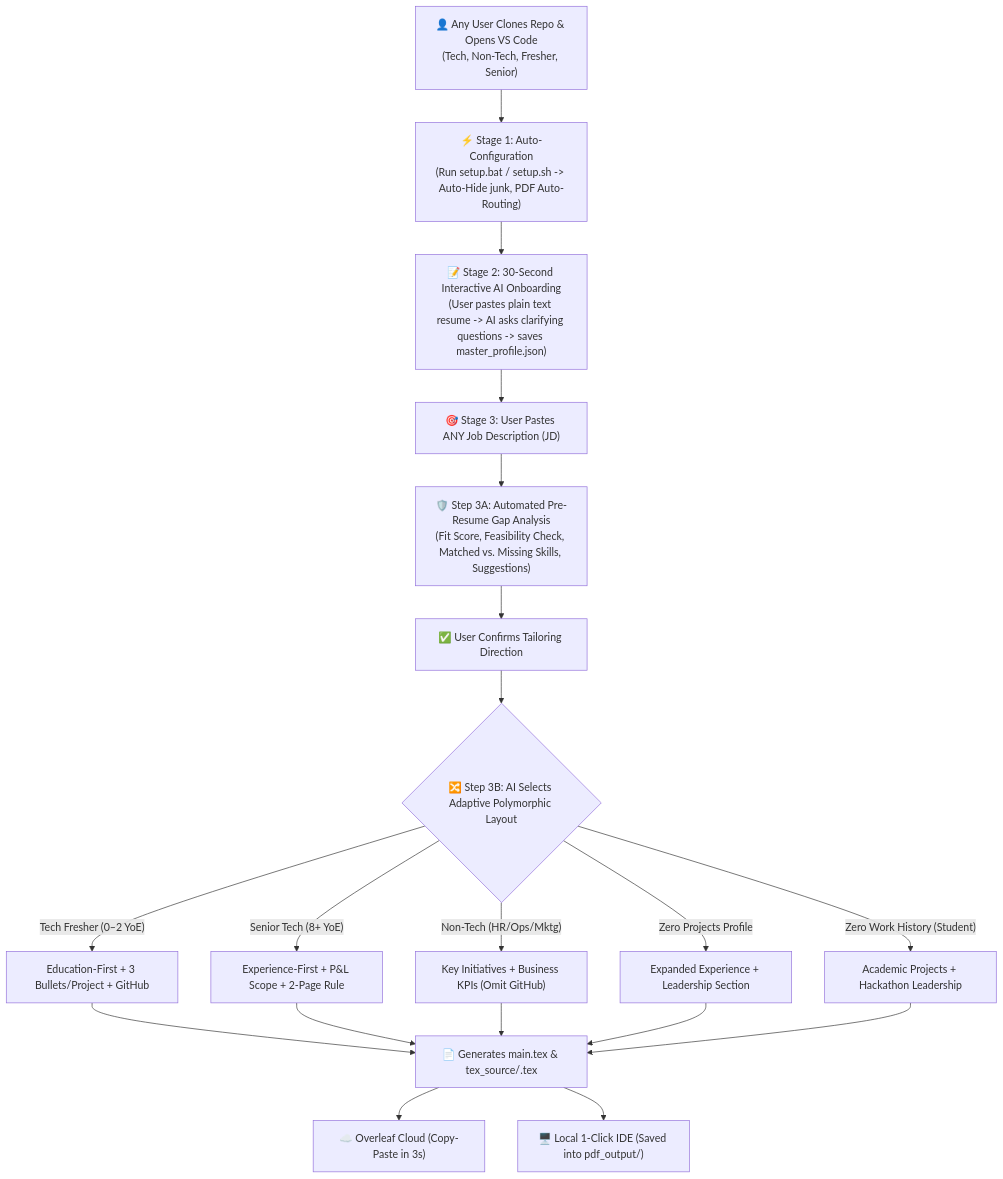
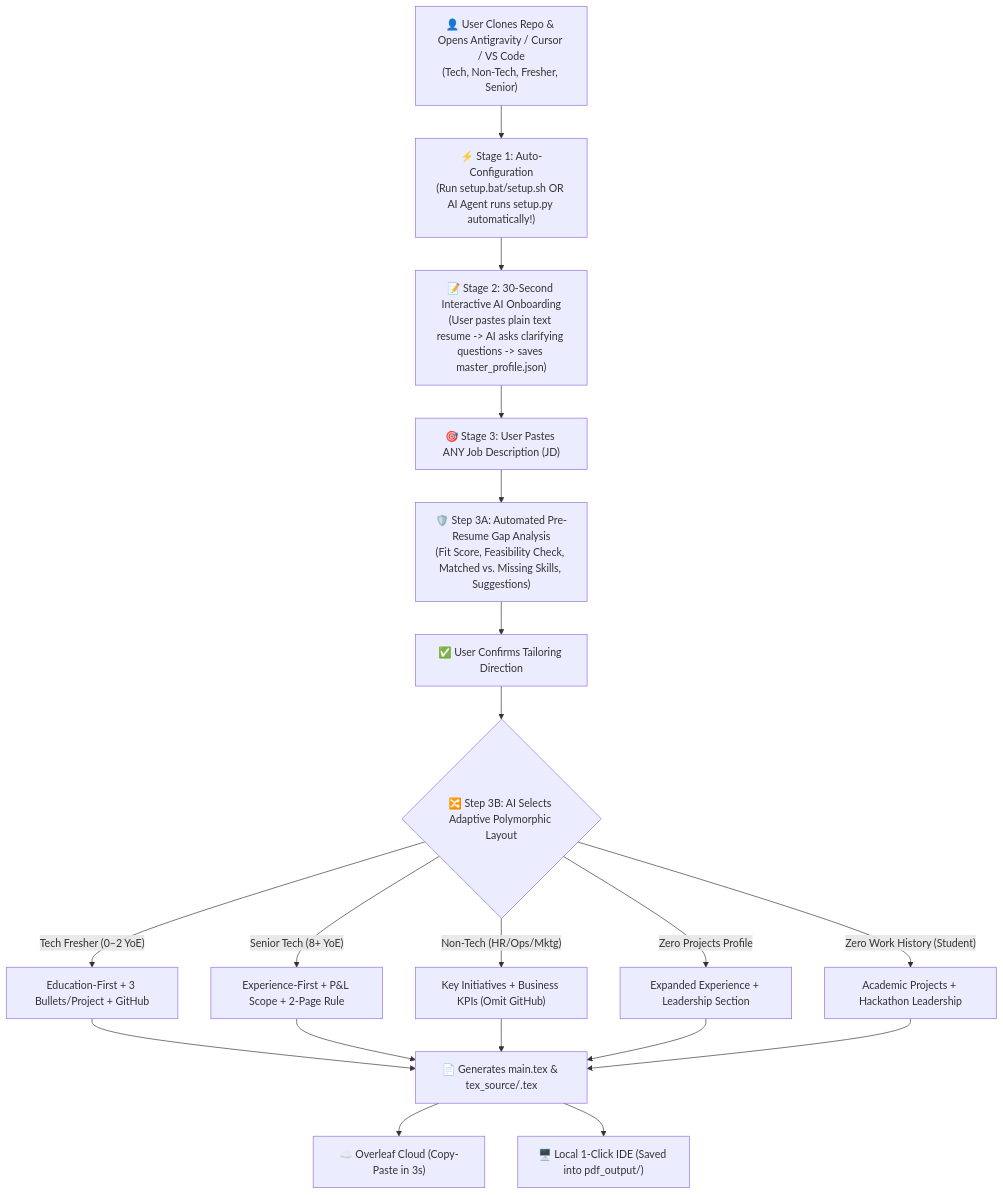
Before and after one commit to Shivaprasadfarale/reframe: the diagram in WORKFLOW_GUIDE.md, drawn with Mermaid. The commit also changed other lines of this file and 1 other file, not shown here.

Commit message:
docs: Highlight Google Antigravity IDE (Recommended ⭐), explain LaTeX Workshop extension for VS Code/Cursor, and document proactive setup.py automation

````diff
--- a/WORKFLOW_GUIDE.md
+++ b/WORKFLOW_GUIDE.md
@@ -9,17 +26,17 @@
 ```mermaid
 flowchart TD
-    A["👤 Any User Clones Repo & Opens VS Code\n(Tech, Non-Tech, Fresher, Senior)"] --> B["⚡ Stage 1: Auto-Configuration\n(Run setup.bat / setup.sh -> Auto-Hide junk, PDF Auto-Routing)"]
+    A["👤 User Clones Repo & Opens Antigravity / Cursor / VS Code\n(Tech, Non-Tech, Fresher, Senior)"] --> B["⚡ Stage 1: Auto-Configuration\n(Run setup.bat/setup.sh OR AI Agent runs setup.py automatically!)"]
     B --> C["📝 Stage 2: 30-Second Interactive AI Onboarding\n(User pastes plain text resume -> AI asks clarifying questions -> saves master_profile.json)"]
     C --> D["🎯 Stage 3: User Pastes ANY Job Description (JD)"]
     D --> E["🛡️ Step 3A: Automated Pre-Resume Gap Analysis\n(Fit Score, Feasibility Check, Matched vs. Missing Skills, Suggestions)"]
     E --> F["✅ User Confirms Tailoring Direction"]
     F --> G{"🔀 Step 3B: AI Selects Adaptive Polymorphic Layout"}
     G -->|"Tech Fresher (0–2 YoE)"| H1["Education-First + 3 Bullets/Project + GitHub"]
     G -->|"Senior Tech (8+ YoE)"| H2["Experience-First + P&L Scope + 2-Page Rule"]
     G -->|"Non-Tech (HR/Ops/Mktg)"| H3["Key Initiatives + Business KPIs (Omit GitHub)"]
     G -->|"Zero Projects Profile"| H4["Expanded Experience + Leadership Section"]
     G -->|"Zero Work History (Student)"| H5["Academic Projects + Hackathon Leadership"]
     H1 & H2 & H3 & H4 & H5 --> I["📄 Generates main.tex & tex_source/<role>.tex"]
     I --> J1["☁️ Overleaf Cloud (Copy-Paste in 3s)"]
     I --> J2["🖥️ Local 1-Click IDE (Saved into pdf_output/)"]
 ```
````
